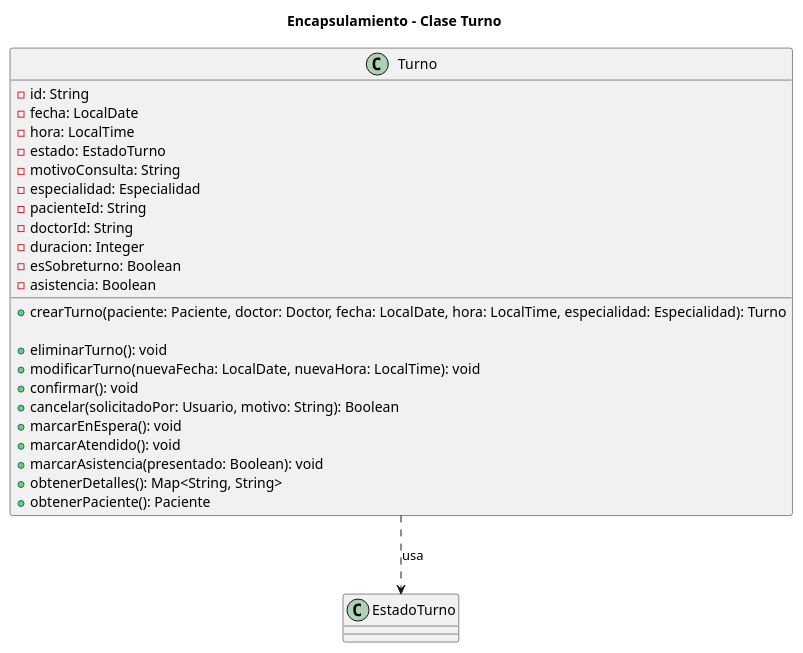
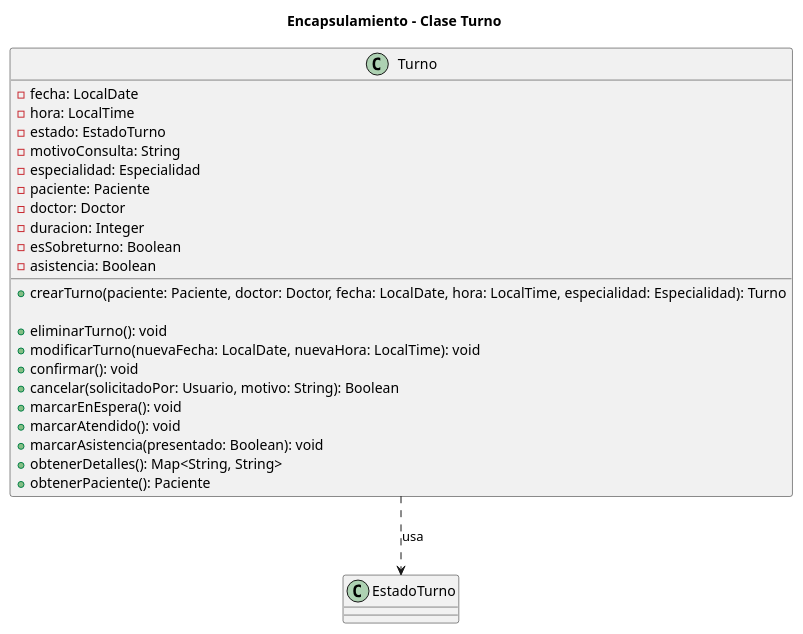
One commit to FacundoGuiraldes/SistemaTurnosMedicos changed the diagram in anexos/fundamentos-doo-mesa-645003-matricula-159237/doo-encapsulamiento.puml. Above: the diagram before and after it, drawn with PlantUML. The commit also changed 8 other files, not shown here.

```diff
--- a/anexos/fundamentos-doo-mesa-645003-matricula-159237/doo-encapsulamiento.puml
+++ b/anexos/fundamentos-doo-mesa-645003-matricula-159237/doo-encapsulamiento.puml
@@ -1,32 +1,31 @@
 @startuml
 title Encapsulamiento - Clase Turno
 
 class Turno {
-    - id: String
     - fecha: LocalDate
     - hora: LocalTime
     - estado: EstadoTurno
     - motivoConsulta: String
     - especialidad: Especialidad
-    - pacienteId: String
-    - doctorId: String
+    - paciente: Paciente
+    - doctor: Doctor
     - duracion: Integer
     - esSobreturno: Boolean
     - asistencia: Boolean
 
     + crearTurno(paciente: Paciente, doctor: Doctor, fecha: LocalDate, hora: LocalTime, especialidad: Especialidad): Turno
 
     + eliminarTurno(): void
     + modificarTurno(nuevaFecha: LocalDate, nuevaHora: LocalTime): void
     + confirmar(): void
     + cancelar(solicitadoPor: Usuario, motivo: String): Boolean
     + marcarEnEspera(): void
     + marcarAtendido(): void
     + marcarAsistencia(presentado: Boolean): void
     + obtenerDetalles(): Map<String, String>
     + obtenerPaciente(): Paciente
 }
 
 Turno ..> EstadoTurno : usa
 
 @enduml
```
